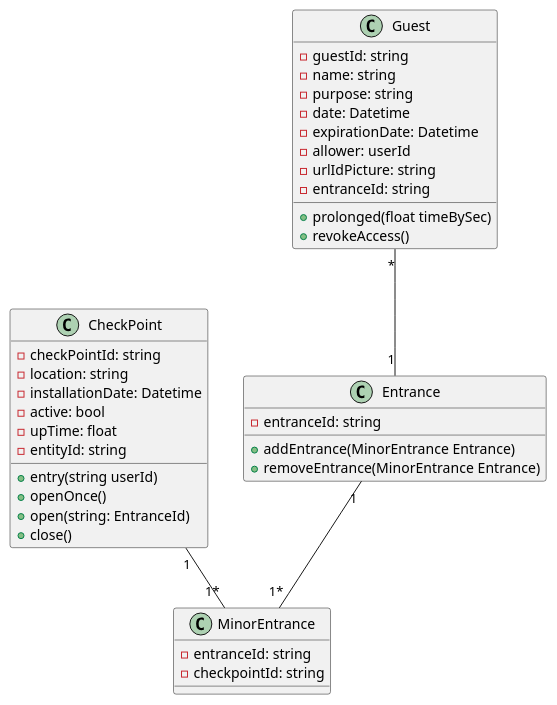
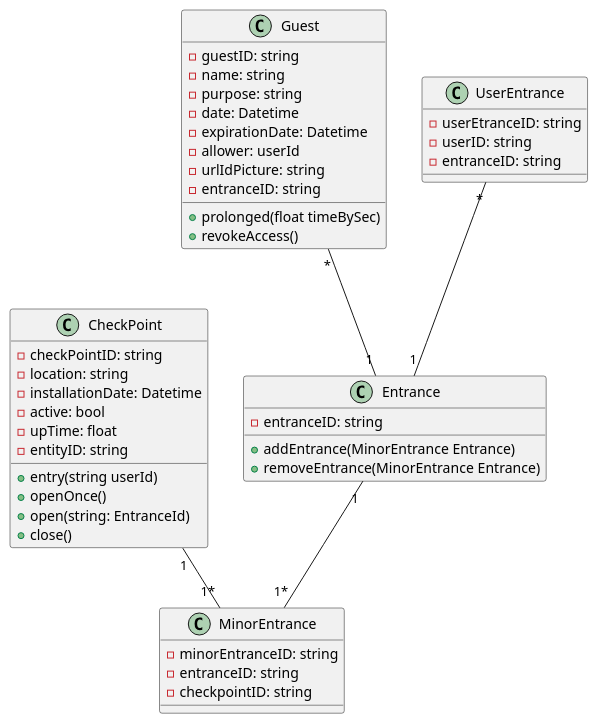
One commit to QuickyBooster/SE357-Pratice-class changed the diagram in Lab1/Lab1.2/Class Diagram/Quản lý ra vào.puml. Above: the diagram before and after it, drawn with PlantUML. The commit also changed 4 other files, not shown here.

```diff
--- a/Lab1/Lab1.2/Class Diagram/Quản lý ra vào.puml
+++ b/Lab1/Lab1.2/Class Diagram/Quản lý ra vào.puml
@@ -1,39 +1,46 @@
 @startuml
 class CheckPoint{
-    - checkPointId: string
+    - checkPointID: string
     - location: string
     - installationDate: Datetime
     - active: bool
     - upTime: float
-    - entityId: string
+    - entityID: string
     + entry(string userId)
     + openOnce()
     + open(string: EntranceId)
     + close()
 }
 class Guest{
-    - guestId: string
+    - guestID: string
     - name: string
     - purpose: string
     - date: Datetime
     - expirationDate: Datetime
     - allower: userId
     - urlIdPicture: string
-    - entranceId: string
+    - entranceID: string
     + prolonged(float timeBySec)
     + revokeAccess()
 }
 class Entrance{
-    - entranceId: string
+    - entranceID: string
     + addEntrance(MinorEntrance Entrance)
     + removeEntrance(MinorEntrance Entrance)
 }
 class MinorEntrance{
-    - entranceId: string
-    - checkpointId: string
+    - minorEntranceID: string
+    - entranceID: string
+    - checkpointID: string
+}
+class UserEntrance{
+    - userEtranceID: string
+    - userID: string
+    - entranceID: string
 }
 Entrance "1"--"1*" MinorEntrance
 CheckPoint "1"--"1*" MinorEntrance
 Guest "*"--"1" Entrance
+UserEntrance "*"--"1" Entrance
 
 @enduml
```
